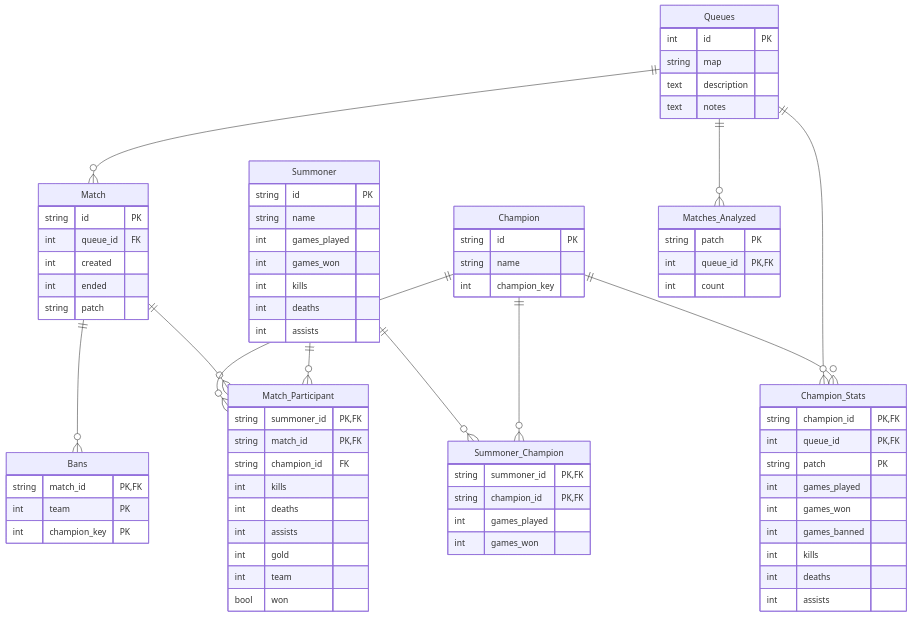
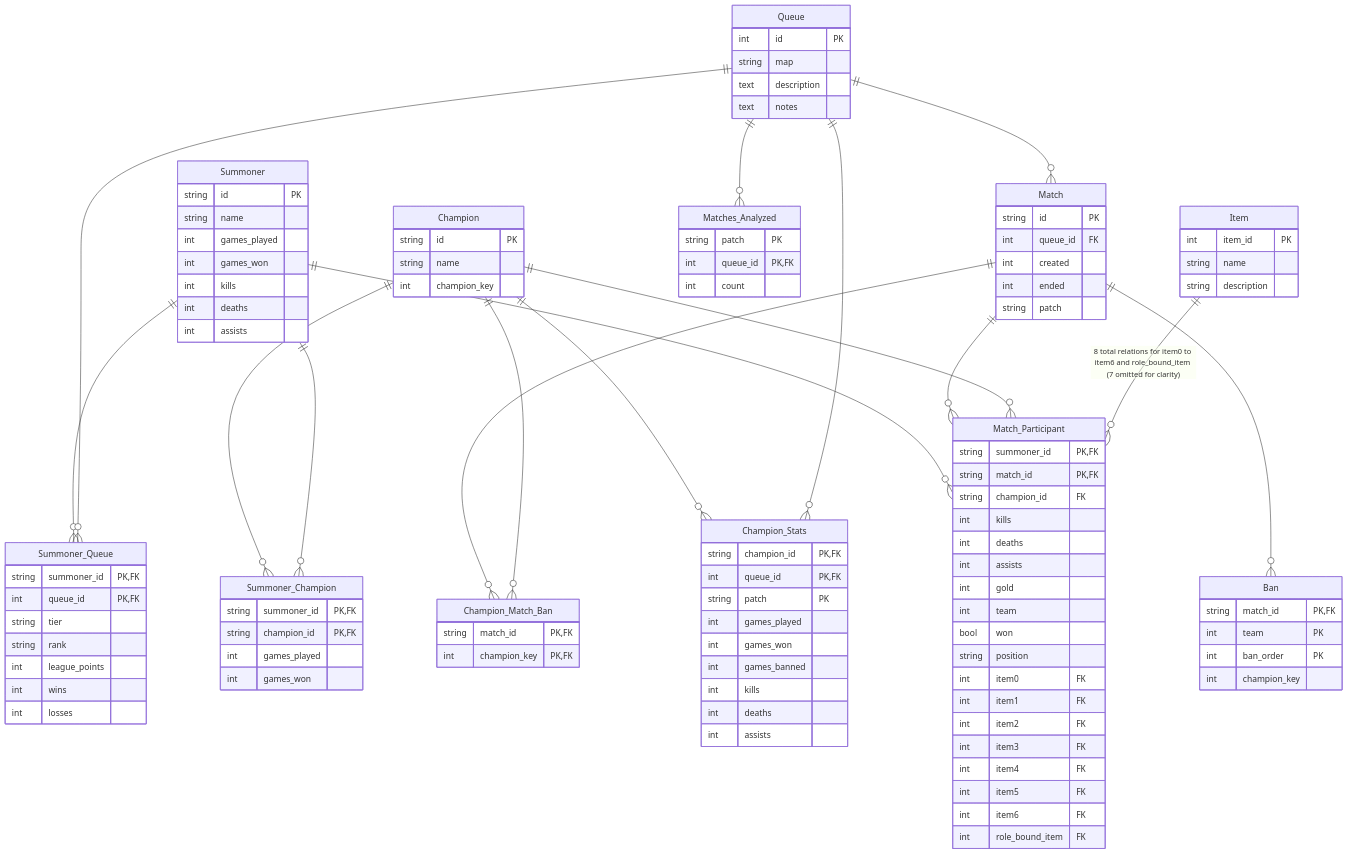
The diagram in specification/diagrams/Database.mmd (rutaji/loltracker), drawn with Mermaid before and after one commit. The commit also changed 1 other file, not shown here.

Commit message:
database schema update part 1

```diff
--- a/specification/diagrams/Database.mmd
+++ b/specification/diagrams/Database.mmd
@@ -1,87 +1,122 @@
 erDiagram
 
    Match {
         string id PK
         int queue_id FK
         int created
         int ended
         string patch
     } 
 
     Match_Participant{
         string summoner_id PK,FK
         string match_id PK, FK
         string champion_id FK
         int kills
         int deaths
         int assists
         int gold
         int team
         bool won
-        
+        string position 
+        int item0 FK
+        int item1 FK
+        int item2 FK
+        int item3 FK
+        int item4 FK
+        int item5 FK
+        int item6 FK
+        int role_bound_item FK
     }
 
     Champion{
         string id PK
         string name 
         int champion_key
     }
 
     Champion_Stats{
         string champion_id PK, FK
         int queue_id PK, FK
         string patch PK
         int games_played 
         int games_won 
         int games_banned
         int kills
         int deaths
         int assists
     }
 
+    Champion_Match_Ban{
+        string match_id PK, FK
+        int champion_key PK, FK
+    }
+
     Summoner{
         string id PK
         string name
         int games_played
         int games_won
         int kills
         int deaths
         int assists
     }
 
-    Matches_Analyzed{
-        string patch PK
+    Summoner_Queue{
+        string summoner_id PK, FK
         int queue_id PK, FK
-        int count
+        string tier
+        string rank
+        int league_points
+        int wins
+        int losses
     }
 
     Summoner_Champion{
         string summoner_id PK, FK
         string champion_id PK, FK
         int    games_played 
         int    games_won
     }
 
-    Queues {
+    Matches_Analyzed{
+        string patch PK
+        int queue_id PK, FK
+        int count
+    }
+
+    Queue {
         int id PK
         string map
         text description
         text notes
     }
 
-    Bans {
+    Ban {
         string match_id PK, FK
         int team PK
-        int champion_key PK
+        int ban_order PK
+        int champion_key
+    }
+
+    Item {
+        int item_id PK
+        string name
+        string description
     }
 
     Champion ||--o{ Summoner_Champion : ""
     Summoner ||--o{ Summoner_Champion : ""
     Summoner ||--o{ Match_Participant : ""
     Match ||--o{ Match_Participant : ""
     Champion ||--o{ Match_Participant : ""
     Champion ||--o{ Champion_Stats : ""
-    Queues ||--o{ Match : ""
-    Queues ||--o{ Champion_Stats : ""
-    Queues ||--o{ Matches_Analyzed : ""
-    Match ||--o{ Bans : ""
+    Queue ||--o{ Match : ""
+    Queue ||--o{ Champion_Stats : ""
+    Queue ||--o{ Matches_Analyzed : ""
+    Match ||--o{ Ban : ""
+    Match ||--o{ Champion_Match_Ban : ""
+    Champion ||--o{ Champion_Match_Ban : ""
+    Item ||--o{ Match_Participant : "8 total relations for item0 to item6 and role_bound_item (7 omitted for clarity)"
+    Summoner ||--o{ Summoner_Queue : ""
+    Queue ||--o{ Summoner_Queue : ""
```
